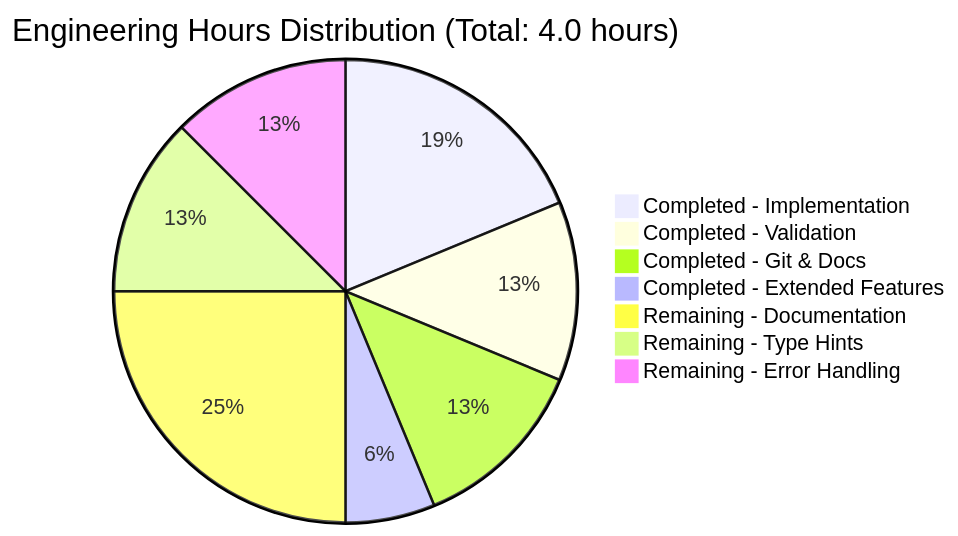
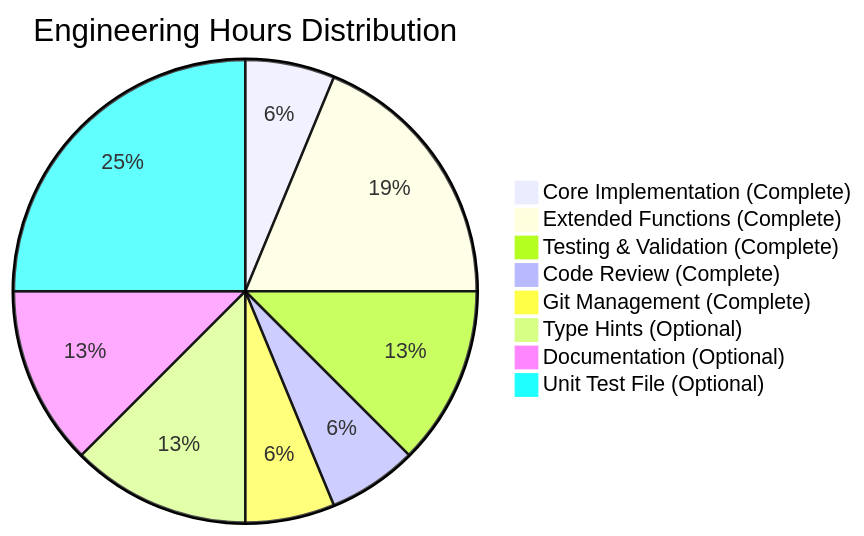
One commit to prasad-blitzy/quick-repo-3 changed the first of 2 diagrams in blitzy/documentation/Project Guide.md. Above: the diagram before and after it, drawn with Mermaid. The commit also changed other lines of this file, not shown here.

Commit message:
Adding Blitzy Project Guide: Project Status and Human Tasks Remaining

````diff
--- a/blitzy/documentation/Project Guide.md
+++ b/blitzy/documentation/Project Guide.md
@@ -182,10 +214,11 @@
 ```mermaid
-pie title Engineering Hours Distribution (Total: 4.0 hours)
-    "Completed - Implementation" : 0.75
-    "Completed - Validation" : 0.5
-    "Completed - Git & Docs" : 0.5
-    "Completed - Extended Features" : 0.25
-    "Remaining - Documentation" : 1.0
-    "Remaining - Type Hints" : 0.5
-    "Remaining - Error Handling" : 0.5
+pie title Engineering Hours Distribution
+    "Core Implementation (Complete)" : 0.25
+    "Extended Functions (Complete)" : 0.75
+    "Testing & Validation (Complete)" : 0.5
+    "Code Review (Complete)" : 0.25
+    "Git Management (Complete)" : 0.25
+    "Type Hints (Optional)" : 0.5
+    "Documentation (Optional)" : 0.5
+    "Unit Test File (Optional)" : 1.0
 ```
````
